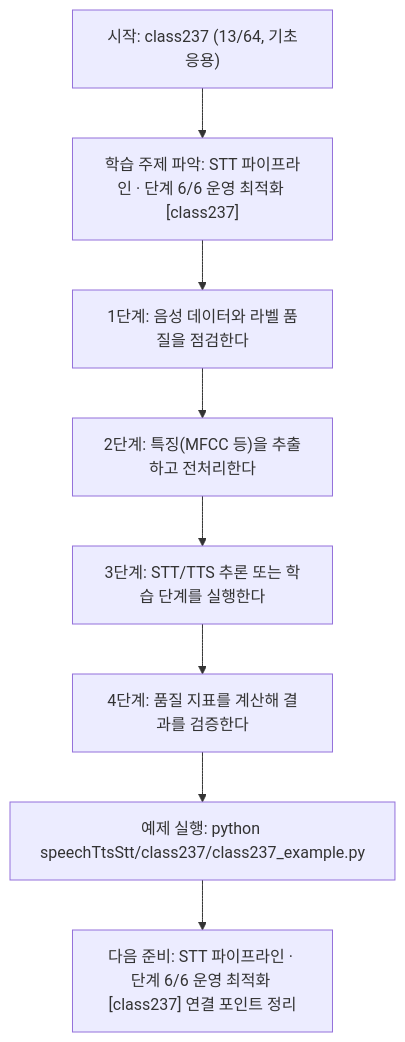
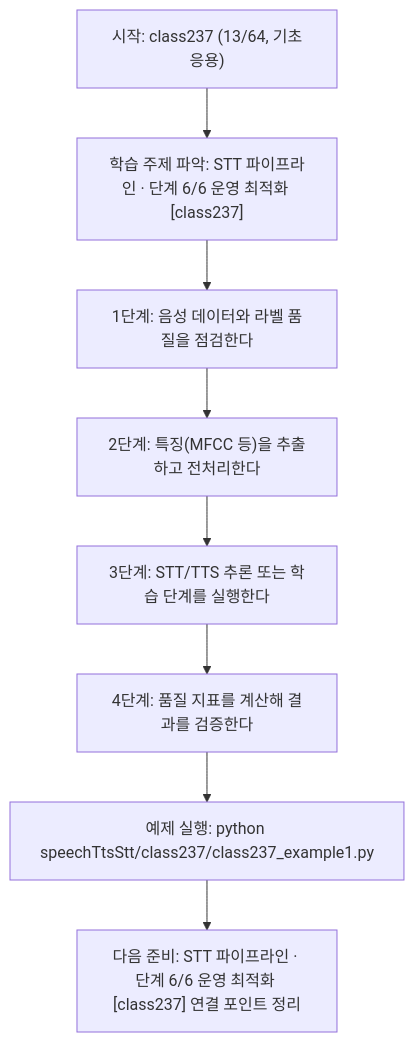
The diagram in speechTtsStt/class237/class237.md (edumgt/Python-AI_Agent-Class), drawn with Mermaid before and after one commit. The commit also changed other lines of this file and 2959 other files, not shown here.

````diff
--- a/speechTtsStt/class237/class237.md
+++ b/speechTtsStt/class237/class237.md
@@ -113,18 +113,18 @@
 ```mermaid
 flowchart TD
 N1["시작: class237 (13/64, 기초응용)"]
 N2["학습 주제 파악: STT 파이프라인 · 단계 6/6 운영 최적화 [class237]"]
 N3["1단계: 음성 데이터와 라벨 품질을 점검한다"]
 N4["2단계: 특징(MFCC 등)을 추출하고 전처리한다"]
 N5["3단계: STT/TTS 추론 또는 학습 단계를 실행한다"]
 N6["4단계: 품질 지표를 계산해 결과를 검증한다"]
-N7["예제 실행: python speechTtsStt/class237/class237_example.py"]
+N7["예제 실행: python speechTtsStt/class237/class237_example1.py"]
 N8["다음 준비: STT 파이프라인 · 단계 6/6 운영 최적화 [class237] 연결 포인트 정리"]
 N1 --> N2
 N2 --> N3
 N3 --> N4
 N4 --> N5
 N5 --> N6
 N6 --> N7
 N7 --> N8
 ```
````
